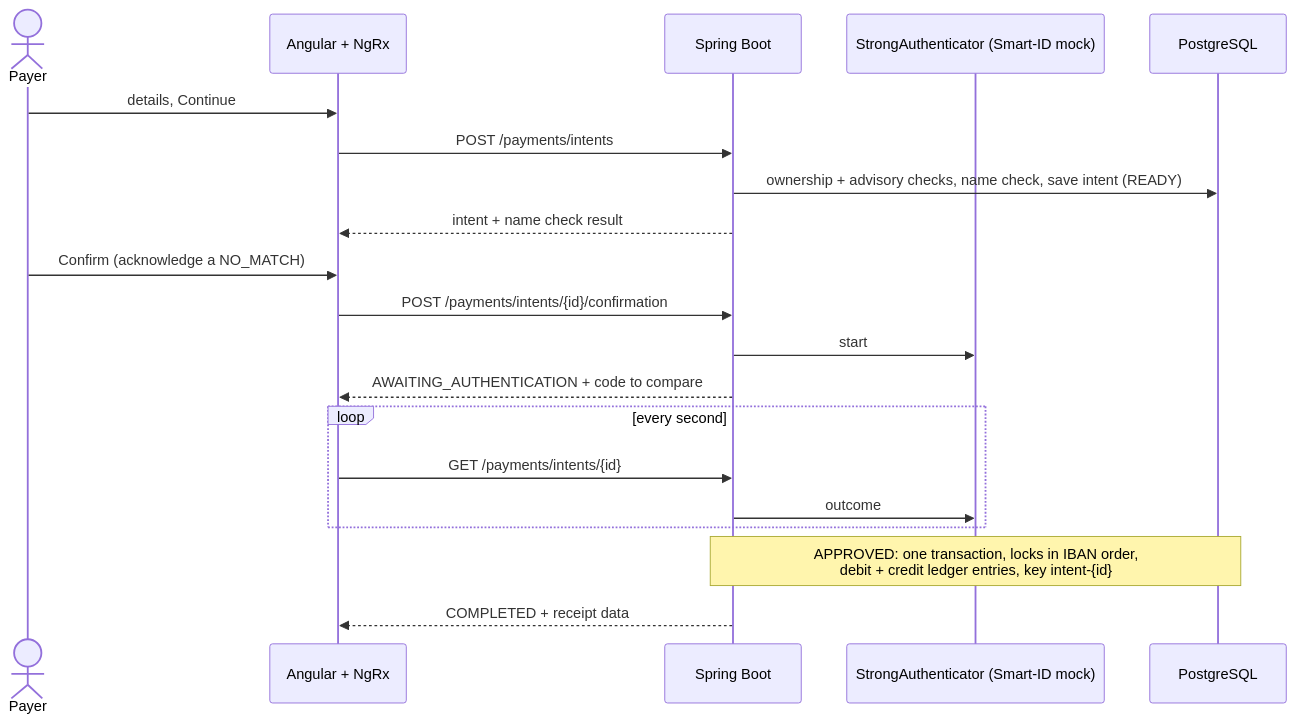
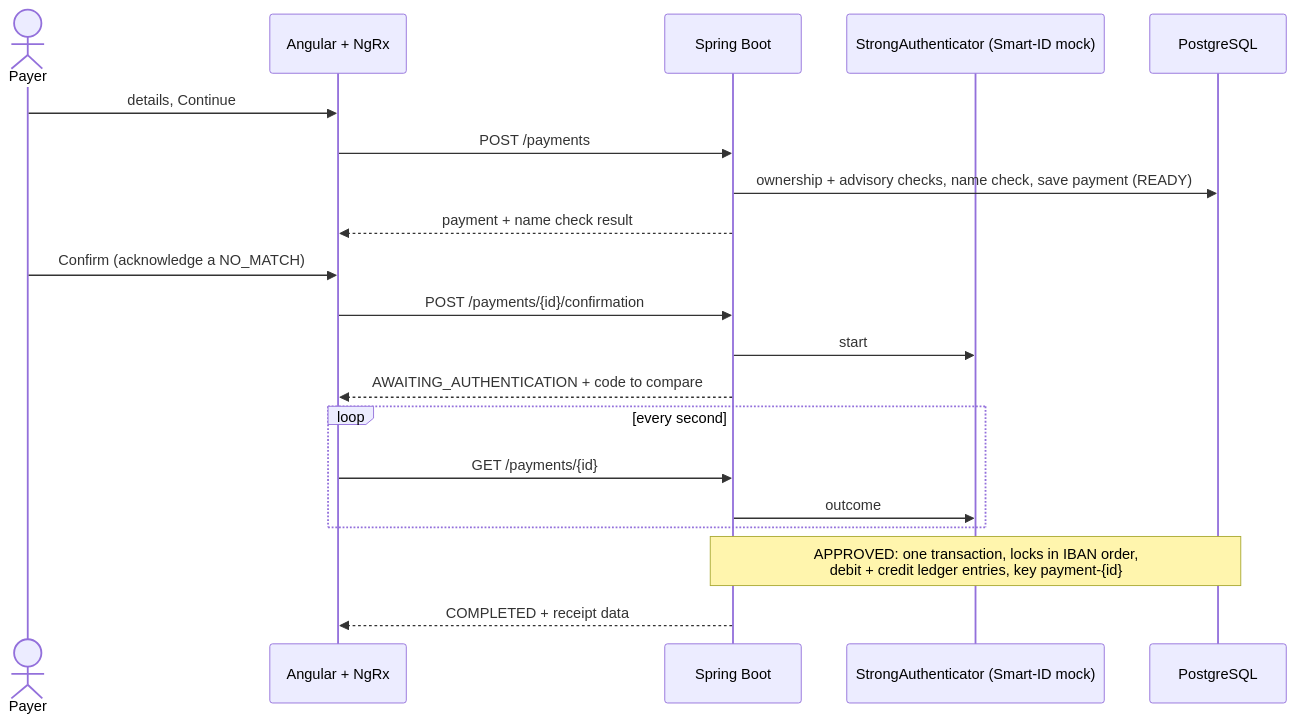
Before and after one commit to katlinteern/baltic-payments-mini-gateway: the diagram in README.md, drawn with Mermaid. The commit also changed other lines of this file and 51 other files, not shown here.

Commit message:
refactor: rename PaymentIntent to Payment

````diff
--- a/README.md
+++ b/README.md
@@ -20,22 +20,22 @@
 ```mermaid
 sequenceDiagram
     actor Payer
     participant UI as Angular + NgRx
     participant API as Spring Boot
     participant SCA as StrongAuthenticator (Smart-ID mock)
     participant DB as PostgreSQL
     Payer->>UI: details, Continue
-    UI->>API: POST /payments/intents
-    API->>DB: ownership + advisory checks, name check, save intent (READY)
-    API-->>UI: intent + name check result
+    UI->>API: POST /payments
+    API->>DB: ownership + advisory checks, name check, save payment (READY)
+    API-->>UI: payment + name check result
     Payer->>UI: Confirm (acknowledge a NO_MATCH)
-    UI->>API: POST /payments/intents/{id}/confirmation
+    UI->>API: POST /payments/{id}/confirmation
     API->>SCA: start
     API-->>UI: AWAITING_AUTHENTICATION + code to compare
     loop every second
-        UI->>API: GET /payments/intents/{id}
+        UI->>API: GET /payments/{id}
         API->>SCA: outcome
     end
-    Note over API,DB: APPROVED: one transaction, locks in IBAN order,<br/>debit + credit ledger entries, key intent-{id}
+    Note over API,DB: APPROVED: one transaction, locks in IBAN order,<br/>debit + credit ledger entries, key payment-{id}
     API-->>UI: COMPLETED + receipt data
 ```
````
